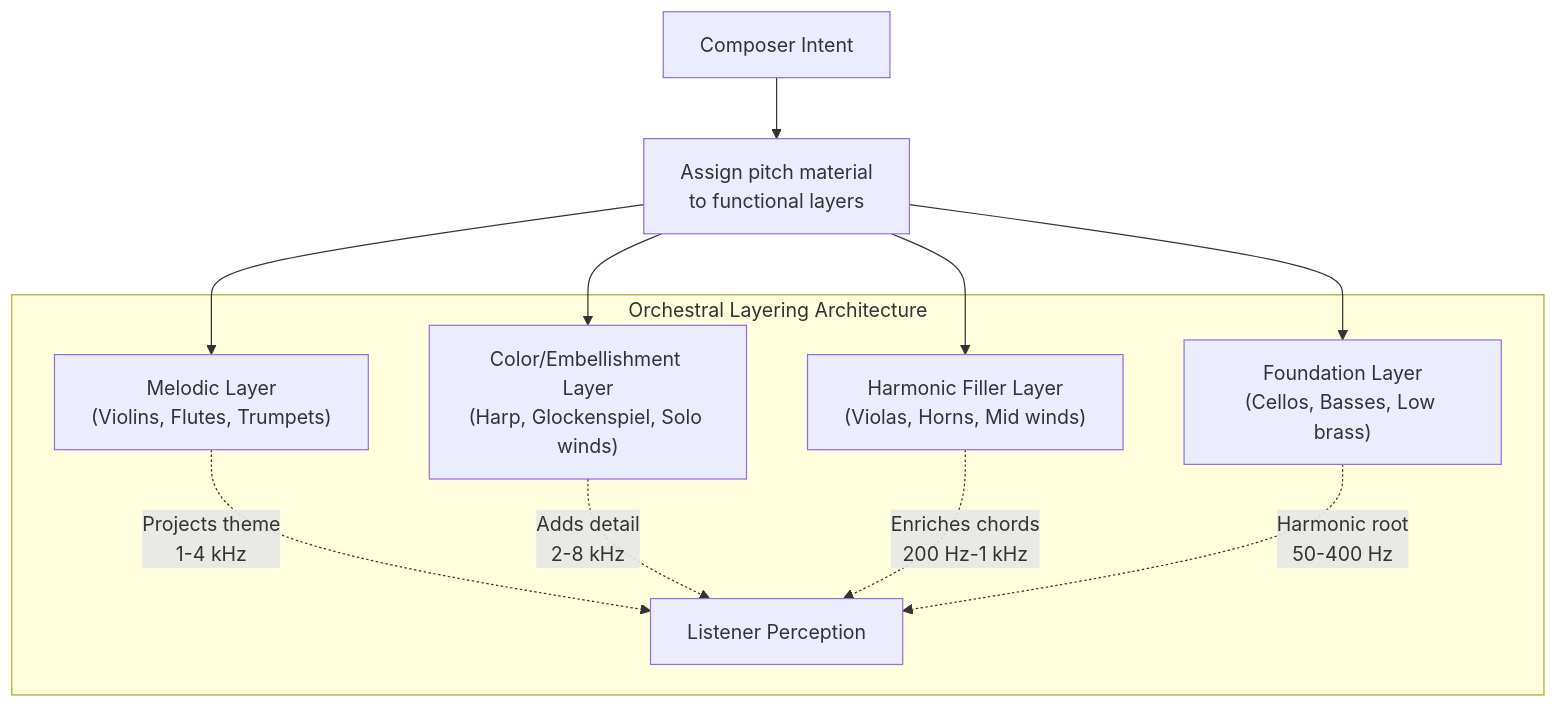
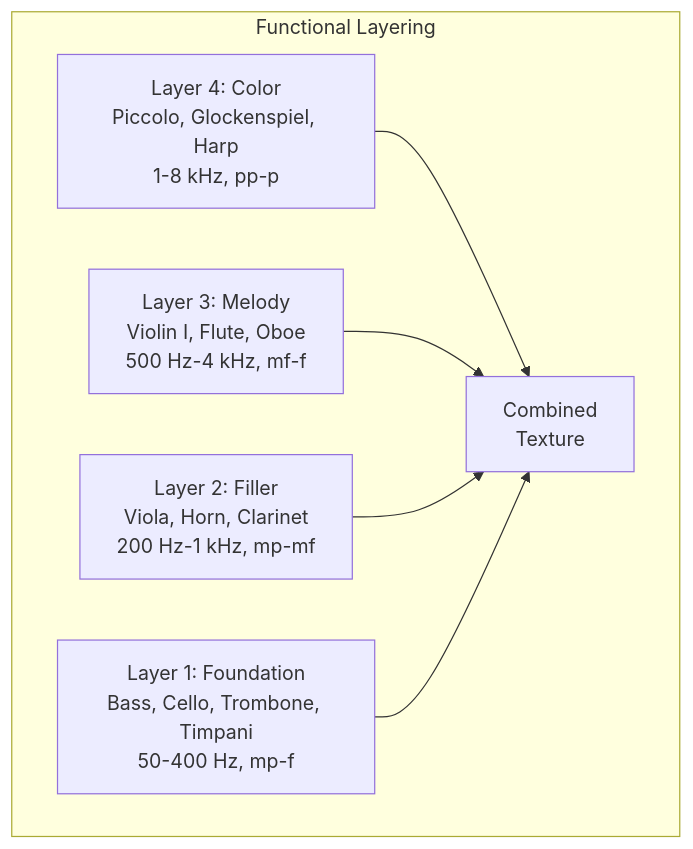
Before and after one commit to blebleblee/synapse: the third of 4 diagrams in topics/arts/composition/orchestration/lesson_04_coordinating_instruments.md, drawn with Mermaid. The commit also changed other lines of this file and 4 other files, not shown here.

````diff
--- a/topics/arts/composition/orchestration/lesson_04_coordinating_instruments.md
+++ b/topics/arts/composition/orchestration/lesson_04_coordinating_instruments.md
@@ -118,15 +167,9 @@
 ```mermaid
 graph TB
-    subgraph sub_orchestral_layering_architecture ["Orchestral Layering Architecture"]
-        A["Melodic Layer<br/>(Violins, Flutes, Trumpets)"] -.->|"Projects theme<br/>1-4 kHz"| B["Listener Perception"]
-        C["Color/Embellishment Layer<br/>(Harp, Glockenspiel, Solo winds)"] -.->|"Adds detail<br/>2-8 kHz"| B
-        D["Harmonic Filler Layer<br/>(Violas, Horns, Mid winds)"] -.->|"Enriches chords<br/>200 Hz-1 kHz"| B
-        E["Foundation Layer<br/>(Cellos, Basses, Low brass)"] -.->|"Harmonic root<br/>50-400 Hz"| B
+    subgraph sub_functional_layering ["Functional Layering"]
+        A["Layer 4: Color<br/>Piccolo, Glockenspiel, Harp<br/>1-8 kHz, pp-p"] --> Z["Combined<br/>Texture"]
+        B["Layer 3: Melody<br/>Violin I, Flute, Oboe<br/>500 Hz-4 kHz, mf-f"] --> Z
+        C["Layer 2: Filler<br/>Viola, Horn, Clarinet<br/>200 Hz-1 kHz, mp-mf"] --> Z
+        D["Layer 1: Foundation<br/>Bass, Cello, Trombone, Timpani<br/>50-400 Hz, mp-f"] --> Z
     end
-    
-    F["Composer Intent"] --> G["Assign pitch material<br/>to functional layers"]
-    G --> A
-    G --> C
-    G --> D
-    G --> E
 ```
````
